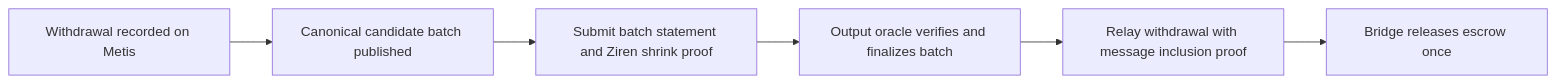
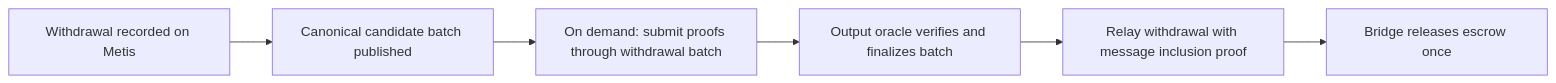
One commit to ProjectZKM/OPSuccinct changed the diagram in docs/bridge.md. Above: the diagram before and after it, drawn with Mermaid. The commit also changed other lines of this file and 1 other file, not shown here.

Commit message:
docs: model demand-driven proof finalization and catch-up costs

````diff
--- a/docs/bridge.md
+++ b/docs/bridge.md
@@ -9,8 +9,8 @@
 ```mermaid
 flowchart LR
     A[Withdrawal recorded on Metis] --> B[Canonical candidate batch published]
-    B --> C[Submit batch statement and Ziren shrink proof]
+    B --> C[On demand: submit proofs through withdrawal batch]
     C --> D[Output oracle verifies and finalizes batch]
     D --> E[Relay withdrawal with message inclusion proof]
     E --> F[Bridge releases escrow once]
 ```
````
